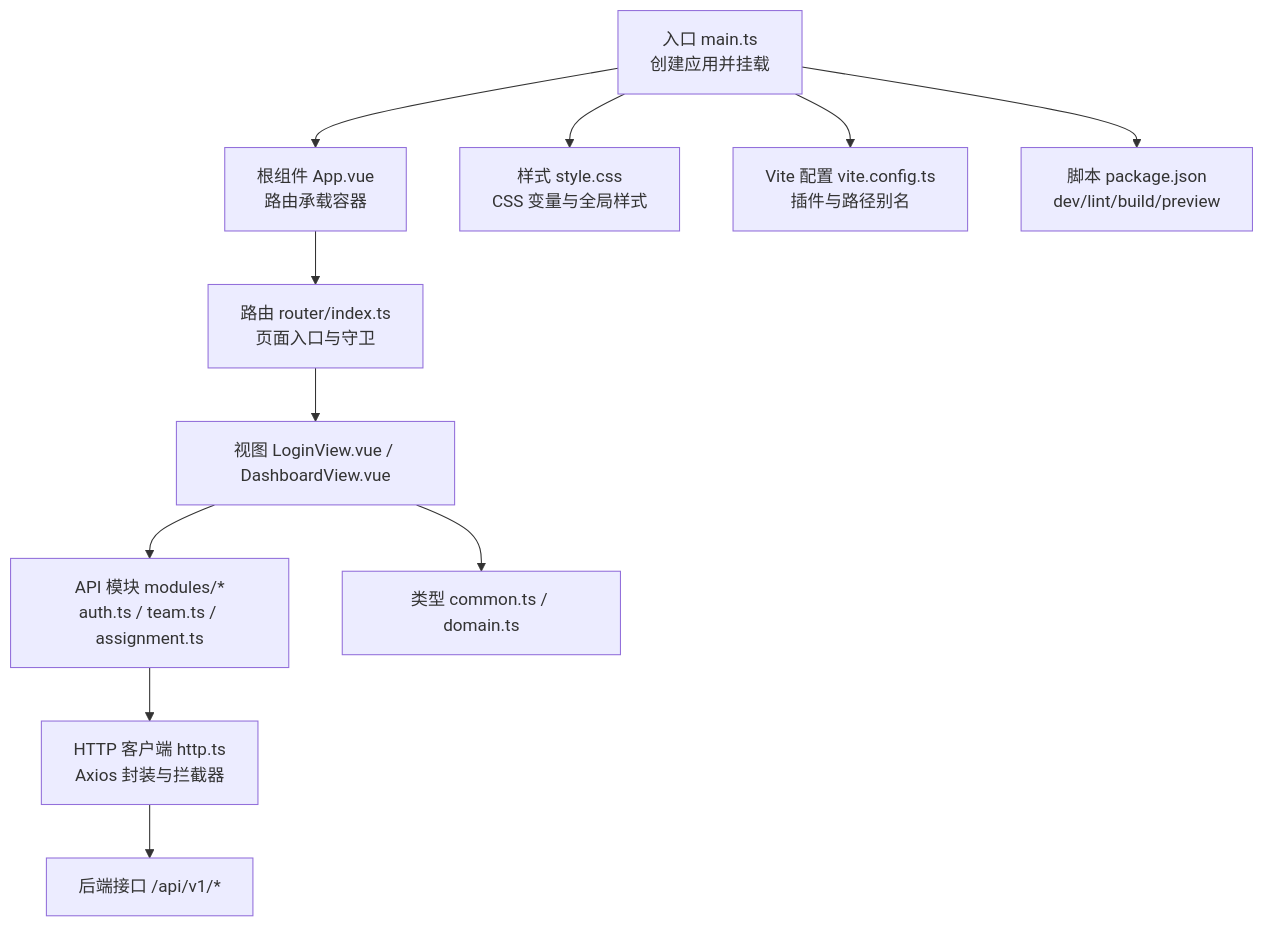
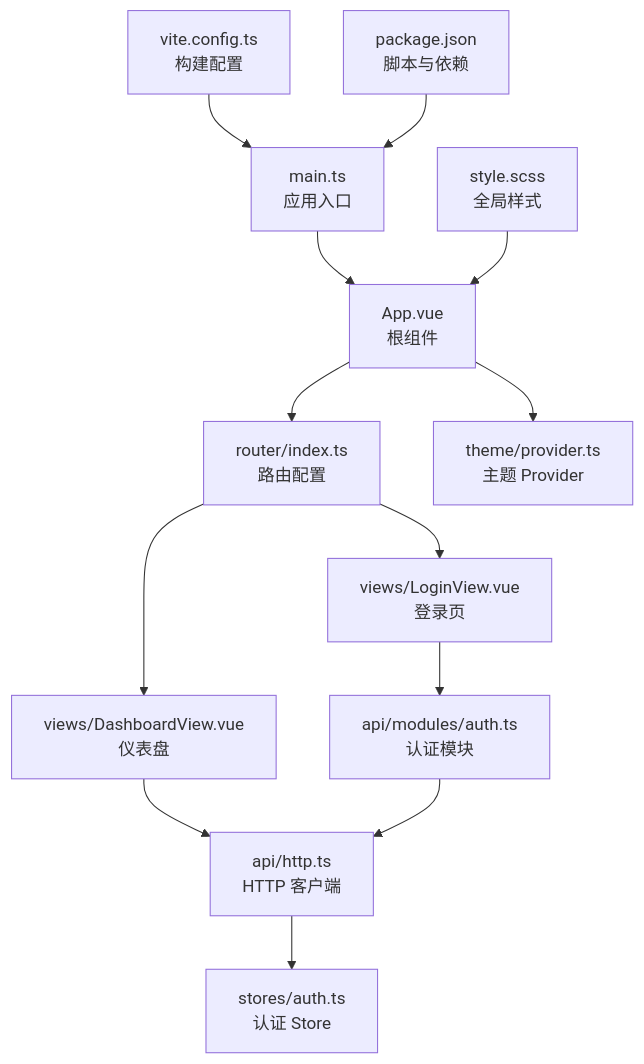
The first of 11 diagrams in .qoder/repowiki/zh/content/前端应用架构/前端应用架构.md (ATOMLubover/poprako), drawn with Mermaid before and after one commit. The commit also changed other lines of this file and 132 other files, not shown here.

````diff
--- a/.qoder/repowiki/zh/content/前端应用架构/前端应用架构.md
+++ b/.qoder/repowiki/zh/content/前端应用架构/前端应用架构.md
@@ -48,13 +51,15 @@
 ```mermaid
 graph TB
-A["入口 main.ts<br/>创建应用并挂载"] --> B["根组件 App.vue<br/>路由承载容器"]
-B --> C["路由 router/index.ts<br/>页面入口与守卫"]
-C --> D["视图 LoginView.vue / DashboardView.vue"]
-D --> E["API 模块 modules/*<br/>auth.ts / team.ts / assignment.ts"]
-E --> F["HTTP 客户端 http.ts<br/>Axios 封装与拦截器"]
-F --> G["后端接口 /api/v1/*"]
-D --> H["类型 common.ts / domain.ts"]
-A --> I["样式 style.css<br/>CSS 变量与全局样式"]
-A --> J["Vite 配置 vite.config.ts<br/>插件与路径别名"]
-A --> K["脚本 package.json<br/>dev/lint/build/preview"]
+A["main.ts<br/>应用入口"] --> B["App.vue<br/>根组件"]
+B --> C["router/index.ts<br/>路由配置"]
+B --> D["theme/provider.ts<br/>主题 Provider"]
+C --> E["views/LoginView.vue<br/>登录页"]
+C --> F["views/DashboardView.vue<br/>仪表盘"]
+E --> G["api/modules/auth.ts<br/>认证模块"]
+F --> H["api/http.ts<br/>HTTP 客户端"]
+G --> H
+H --> I["stores/auth.ts<br/>认证 Store"]
+J["style.scss<br/>全局样式"] --> B
+K["vite.config.ts<br/>构建配置"] --> A
+L["package.json<br/>脚本与依赖"] --> A
 ```
````
